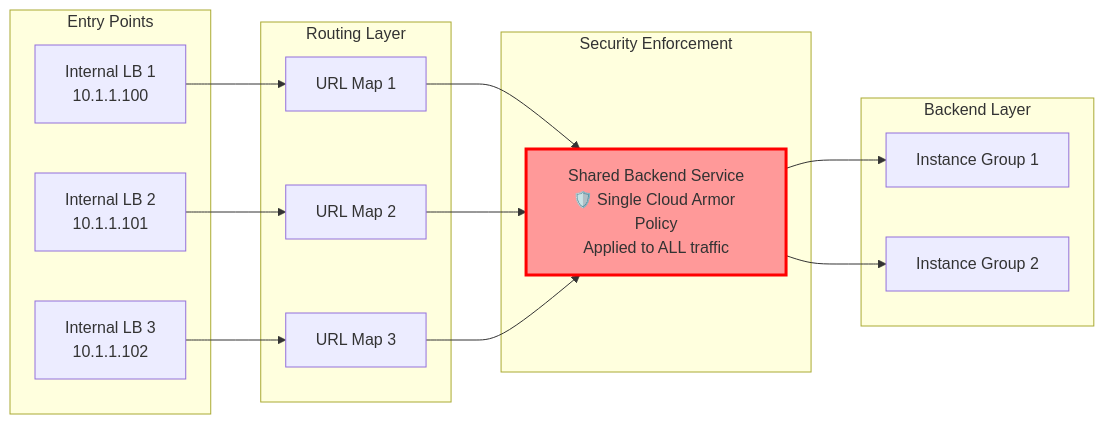
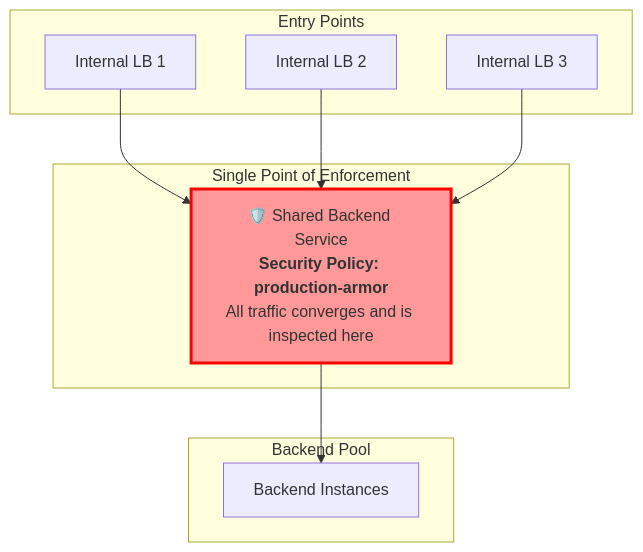
One commit to aibangjuxin/knowledge changed the third of 4 diagrams in gcp/backend-service.md. Above: the diagram before and after it, drawn with Mermaid. The commit also changed other lines of this file, not shown here.

Commit message:
docs: reformat and clarify backend-service.md

````diff
--- a/gcp/backend-service.md
+++ b/gcp/backend-service.md
@@ -568,37 +146,23 @@
 ```mermaid
-flowchart LR
+flowchart TD
     subgraph "Entry Points"
-        A[Internal LB 1<br/>10.1.1.100]
-        B[Internal LB 2<br/>10.1.1.101] 
-        C[Internal LB 3<br/>10.1.1.102]
+        A[Internal LB 1]
+        B[Internal LB 2]
+        C[Internal LB 3]
     end
-    
-    subgraph "Routing Layer"
-        D[URL Map 1]
-        E[URL Map 2]
-        F[URL Map 3]
+
+    subgraph "Single Point of Enforcement"
+        D["🛡️ Shared Backend Service<br/><b>Security Policy: production-armor</b><br/>All traffic converges and is inspected here"]
     end
-    
-    subgraph "Security Enforcement"
-        G[Shared Backend Service<br/>🛡️ Single Cloud Armor Policy<br/>Applied to ALL traffic]
+
+    subgraph "Backend Pool"
+        E[Backend Instances]
     end
-    
-    subgraph "Backend Layer"
-        H[Instance Group 1]
-        I[Instance Group 2]
-    end
-    
+
     A --> D
-    B --> E  
-    C --> F
-    
-    D --> G
-    E --> G
-    F --> G
-    
-    G --> H
-    G --> I
-    
-    style G fill:#ff9999
-    style G stroke:#ff0000,stroke-width:3px
+    B --> D
+    C --> D
+    D --> E
+
+    style D fill:#ff9999,stroke:#ff0000,stroke-width:3px
 ```
````
